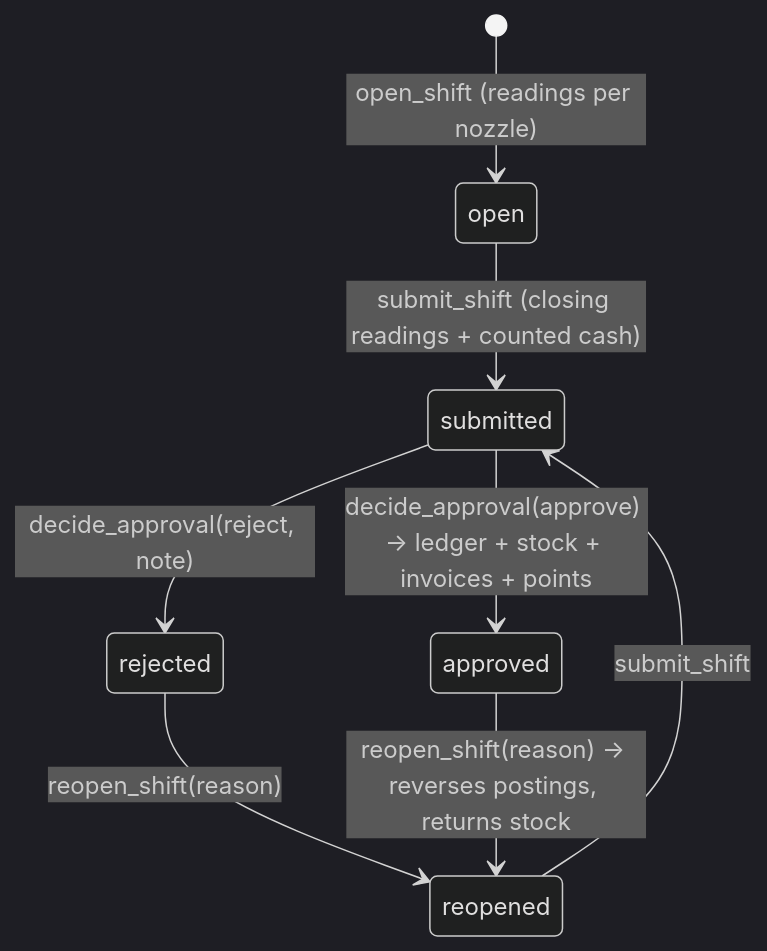
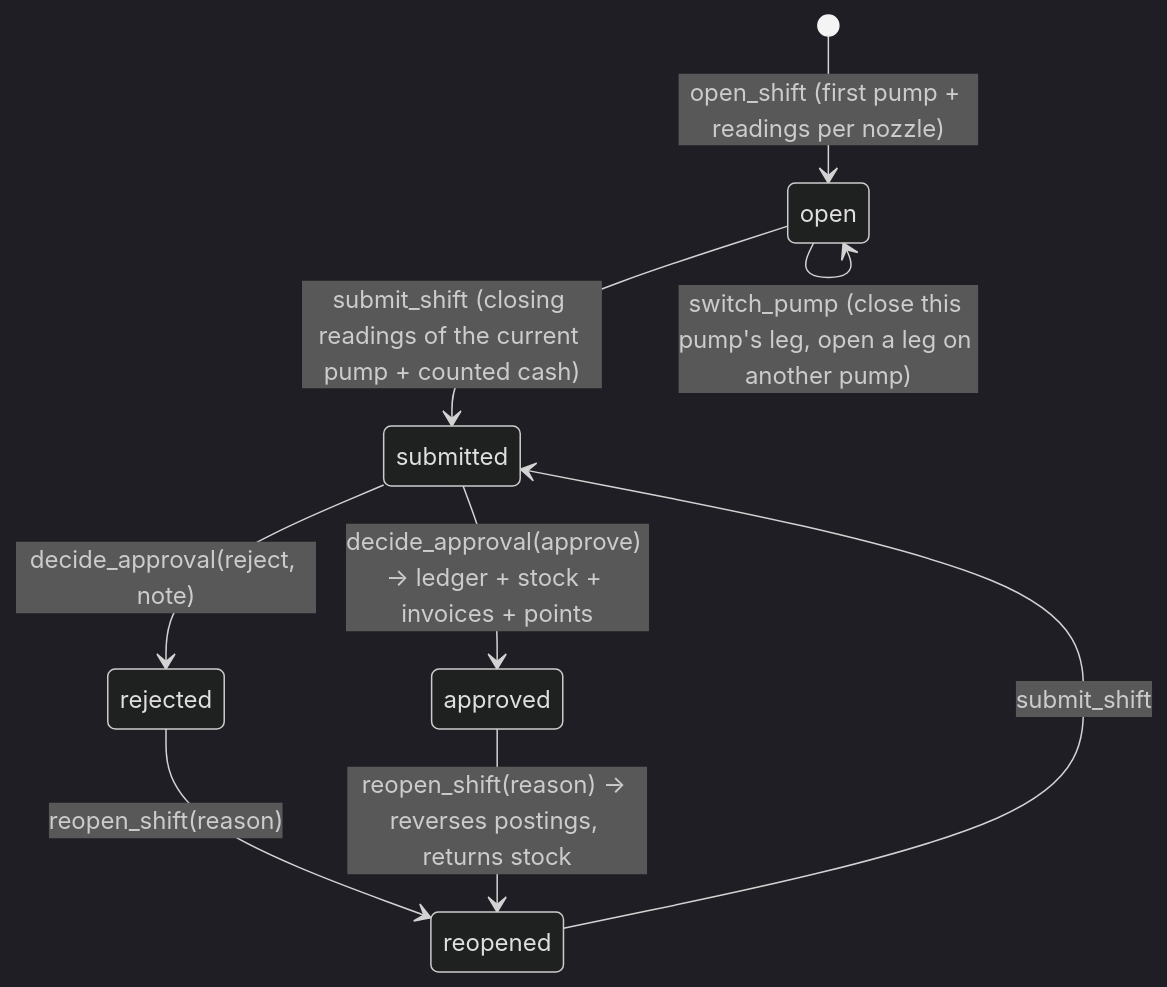
Before and after one commit to moa3d/fuelos: the second of 2 diagrams in docs/data-model.md, drawn with Mermaid (dark theme). The commit also changed other lines of this file and 12 other files, not shown here.

````diff
--- a/docs/data-model.md
+++ b/docs/data-model.md
@@ -56,10 +57,11 @@
 ```mermaid
 stateDiagram-v2
-  [*] --> open : open_shift (readings per nozzle)
-  open --> submitted : submit_shift (closing readings + counted cash)
+  [*] --> open : open_shift (first pump + readings per nozzle)
+  open --> open : switch_pump (close this pump's leg, open a leg on another pump)
+  open --> submitted : submit_shift (closing readings of the current pump + counted cash)
   reopened --> submitted : submit_shift
   submitted --> approved : decide_approval(approve) → ledger + stock + invoices + points
   submitted --> rejected : decide_approval(reject, note)
   rejected --> reopened : reopen_shift(reason)
   approved --> reopened : reopen_shift(reason) → reverses postings, returns stock
 ```
````
